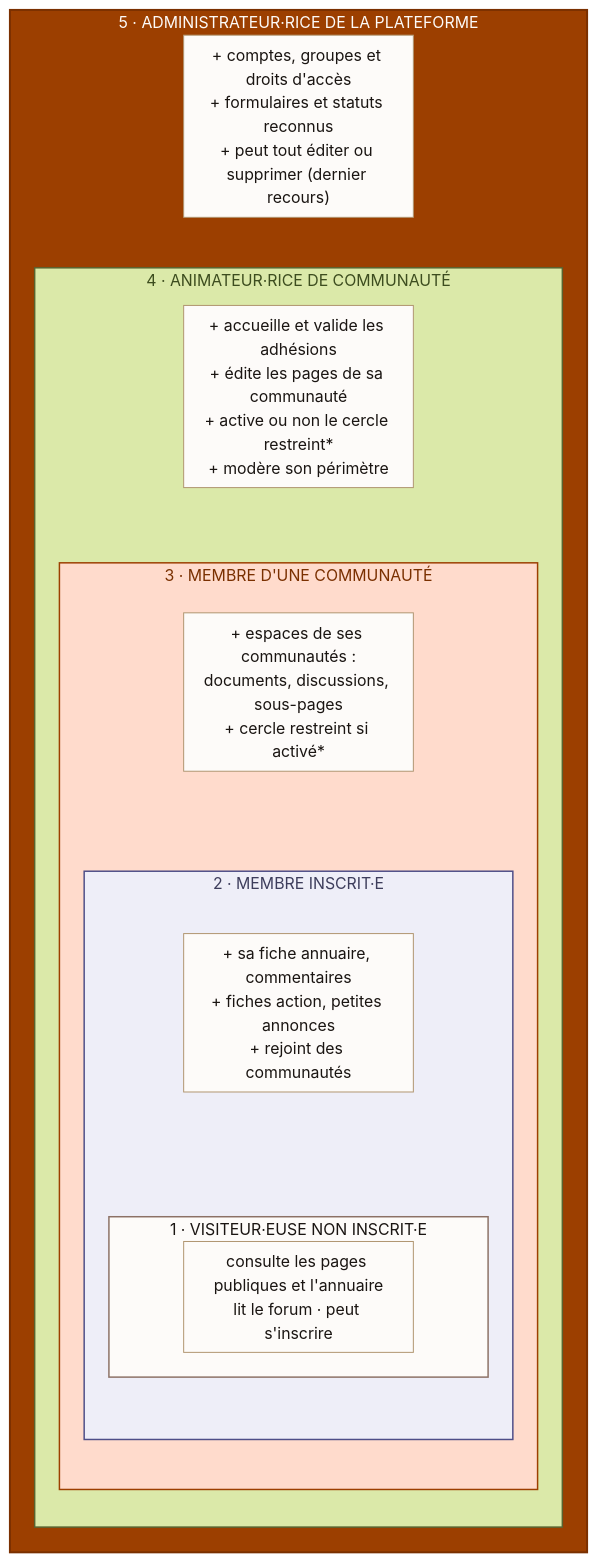
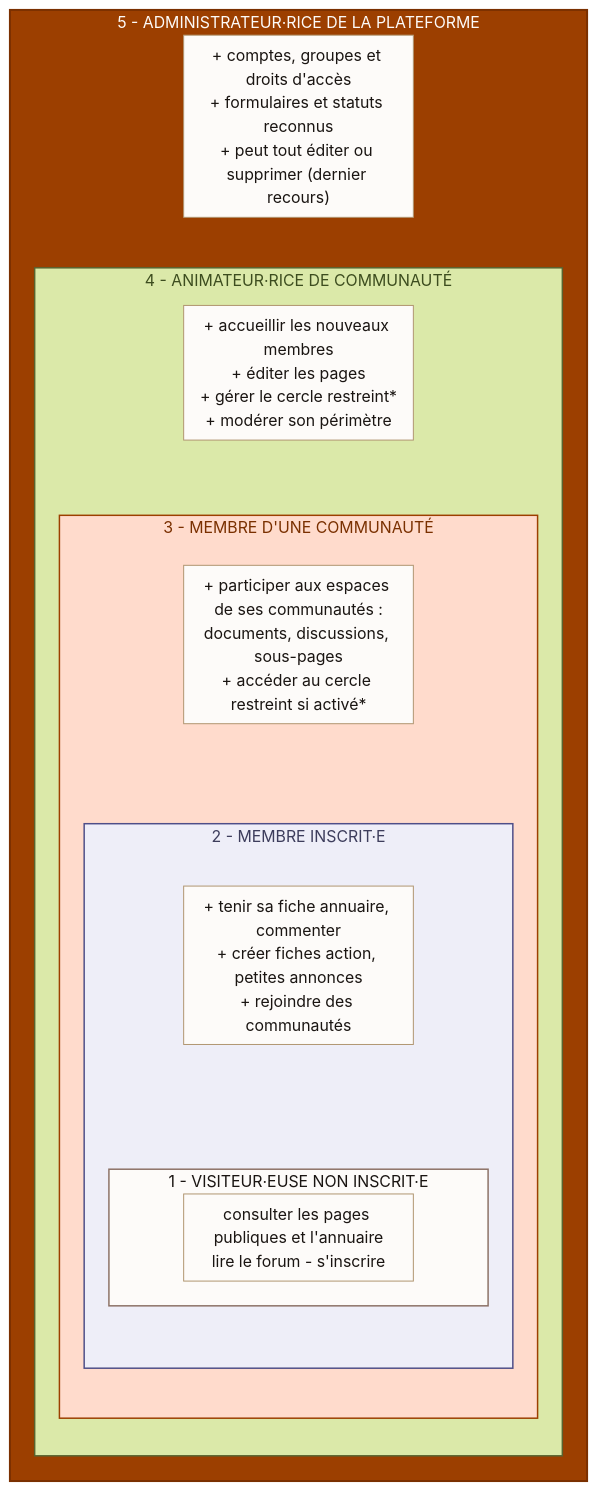
Before and after one commit to ThomasF63/e-sol-demo: the first of 3 diagrams in src/components/diagram-roles-droits.md, drawn with Mermaid (neutral theme). The commit also changed other lines of this file and 83 other files, not shown here.

````diff
--- a/src/components/diagram-roles-droits.md
+++ b/src/components/diagram-roles-droits.md
@@ -13,37 +13,37 @@
 ```mermaid
 %%{init: {"flowchart": {"rankSpacing": 26, "nodeSpacing": 30, "padding": 8}}}%%
 flowchart TB
-    subgraph NIV5["5 · ADMINISTRATEUR·RICE DE LA PLATEFORME"]
+    subgraph NIV5["5 - ADMINISTRATEUR·RICE DE LA PLATEFORME"]
       direction TB
       D5["+ comptes, groupes et droits d'accès<br/>+ formulaires et statuts reconnus<br/>+ peut tout éditer ou supprimer (dernier recours)"]
-      subgraph NIV4["4 · ANIMATEUR·RICE DE COMMUNAUTÉ"]
+      subgraph NIV4["4 - ANIMATEUR·RICE DE COMMUNAUTÉ"]
         direction TB
-        D4["+ accueille et valide les adhésions<br/>+ édite les pages de sa communauté<br/>+ active ou non le cercle restreint*<br/>+ modère son périmètre"]
-        subgraph NIV3["3 · MEMBRE D'UNE COMMUNAUTÉ"]
+        D4["+ accueillir les nouveaux membres<br/>+ éditer les pages<br/>+ gérer le cercle restreint*<br/>+ modérer son périmètre"]
+        subgraph NIV3["3 - MEMBRE D'UNE COMMUNAUTÉ"]
           direction TB
-          D3["+ espaces de ses communautés :<br/>documents, discussions, sous-pages<br/>+ cercle restreint si activé*"]
-          subgraph NIV2["2 · MEMBRE INSCRIT·E"]
+          D3["+ participer aux espaces de ses communautés :<br/>documents, discussions, sous-pages<br/>+ accéder au cercle restreint si activé*"]
+          subgraph NIV2["2 - MEMBRE INSCRIT·E"]
             direction TB
-            D2["+ sa fiche annuaire, commentaires<br/>+ fiches action, petites annonces<br/>+ rejoint des communautés"]
-            subgraph NIV1["1 · VISITEUR·EUSE NON INSCRIT·E"]
-              D1["consulte les pages publiques et l'annuaire<br/>lit le forum · peut s'inscrire"]
+            D2["+ tenir sa fiche annuaire, commenter<br/>+ créer fiches action, petites annonces<br/>+ rejoindre des communautés"]
+            subgraph NIV1["1 - VISITEUR·EUSE NON INSCRIT·E"]
+              D1["consulter les pages publiques et l'annuaire<br/>lire le forum - s'inscrire"]
             end
           end
         end
       end
     end
 
     D5 ~~~ NIV4
     D4 ~~~ NIV3
     D3 ~~~ NIV2
     D2 ~~~ NIV1
 
     classDef droits fill:#fdfbf9,stroke:#b09570,color:#1a1512,stroke-width:1px
     class D1,D2,D3,D4,D5 droits
 
     style NIV1 fill:#fdfbf9,stroke:#8c7166,stroke-width:1.5px,color:#1a1512
     style NIV2 fill:#eeeef8,stroke:#4e4e88,stroke-width:1.5px,color:#3d3d5c
     style NIV3 fill:#ffdbcc,stroke:#9c3f00,stroke-width:1.5px,color:#7a3000
     style NIV4 fill:#dbe9a9,stroke:#586330,stroke-width:1.5px,color:#3d4d1f
     style NIV5 fill:#9c3f00,stroke:#7a3000,stroke-width:2px,color:#fdfbf9
 ```
````
